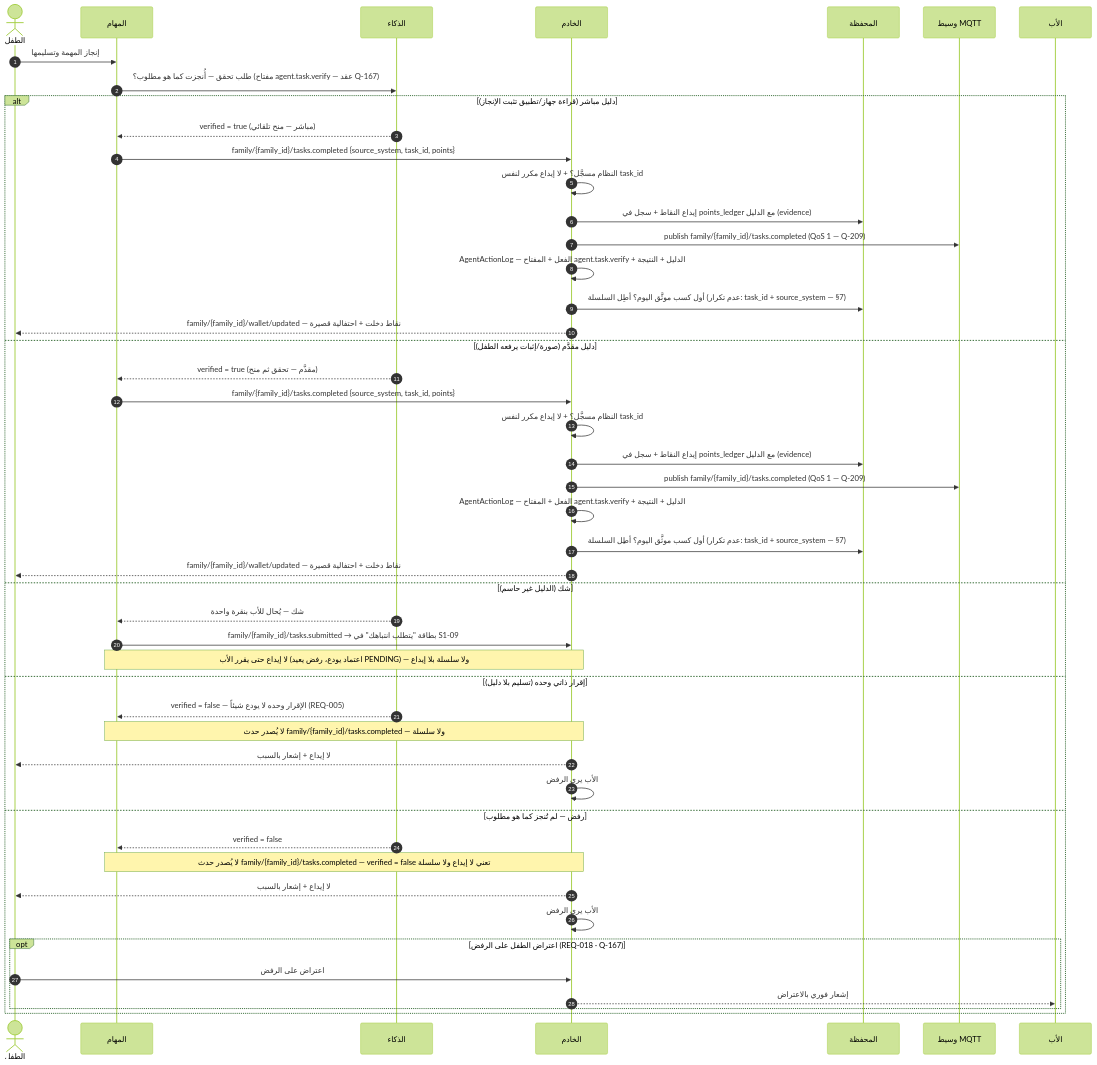
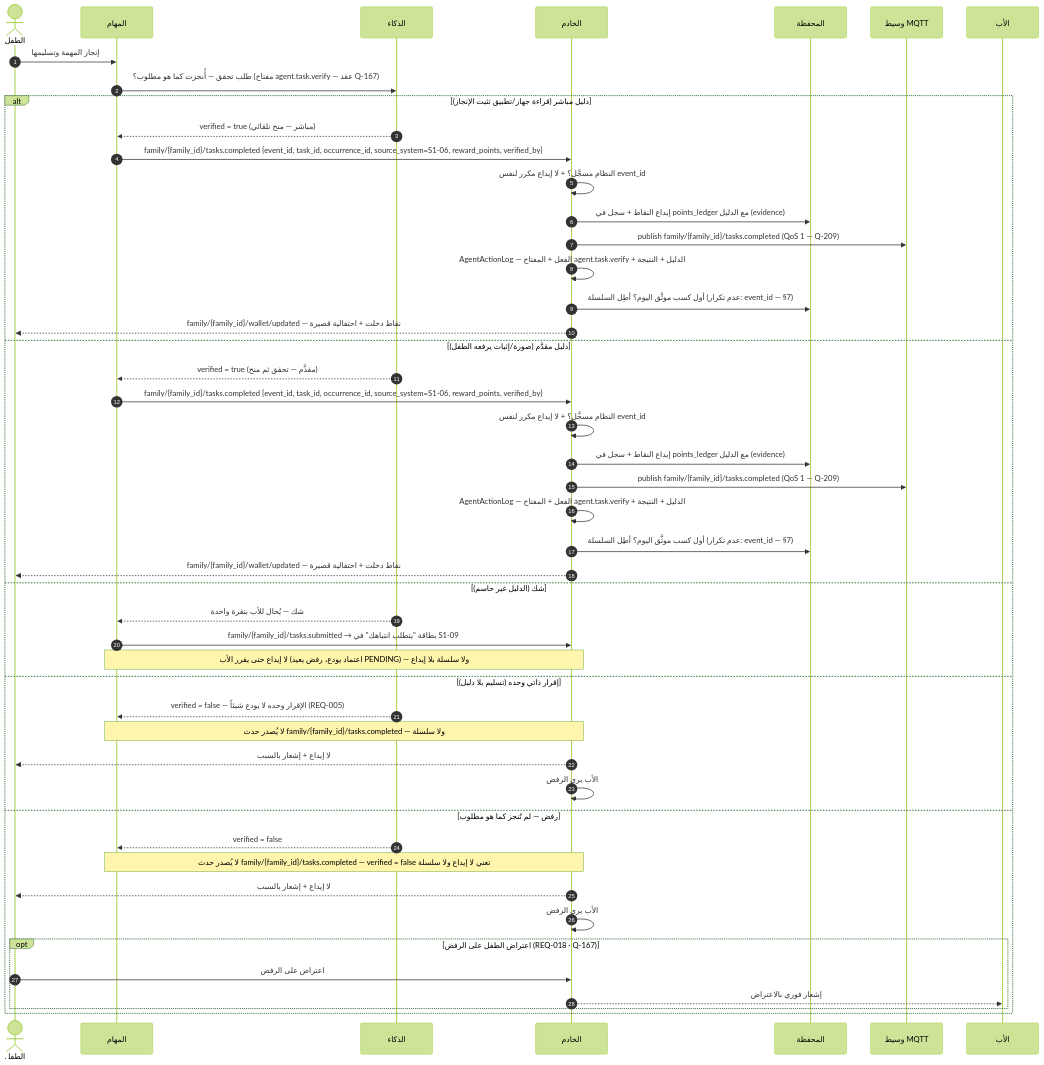
The third of 12 diagrams in docs/family-os/governance/phases/phase-1/S1-05-rewards-children/DIAGRAMS.md (Bassam-mohammed-alqaeadi/family-os-v2), drawn with Mermaid (forest theme) before and after one commit. The commit also changed other lines of this file and 8 other files, not shown here.

````diff
--- a/docs/family-os/governance/phases/phase-1/S1-05-rewards-children/DIAGRAMS.md
+++ b/docs/family-os/governance/phases/phase-1/S1-05-rewards-children/DIAGRAMS.md
@@ -198,50 +198,50 @@
 ```mermaid
 sequenceDiagram
     autonumber
     actor Child as الطفل
     participant S106 as المهام
     participant AI as الذكاء
     participant Ktor as الخادم
     participant Wallet as المحفظة
     participant MQTT as وسيط MQTT
     participant Father as الأب
     Child->>S106: إنجاز المهمة وتسليمها
     S106->>AI: طلب تحقق — أُنجزت كما هو مطلوب؟ (مفتاح agent.task.verify — عقد Q-167)
     alt دليل مباشر (قراءة جهاز/تطبيق تثبت الإنجاز)
         AI-->>S106: verified = true (مباشر — منح تلقائي)
-        S106->>Ktor: family/{family_id}/tasks.completed {source_system, task_id, points}
-        Ktor->>Ktor: النظام مسجَّل؟ + لا إيداع مكرر لنفس task_id
+        S106->>Ktor: family/{family_id}/tasks.completed {event_id, task_id, occurrence_id, source_system=S1-06, reward_points, verified_by}
+        Ktor->>Ktor: النظام مسجَّل؟ + لا إيداع مكرر لنفس event_id
         Ktor->>Wallet: إيداع النقاط + سجل في points_ledger مع الدليل (evidence)
         Ktor->>MQTT: publish family/{family_id}/tasks.completed (QoS 1 — Q-209)
         Ktor->>Ktor: AgentActionLog — الفعل + المفتاح agent.task.verify + الدليل + النتيجة
-        Ktor->>Wallet: أول كسب موثَّق اليوم؟ أطِل السلسلة (عدم تكرار: task_id + source_system — §7)
+        Ktor->>Wallet: أول كسب موثَّق اليوم؟ أطِل السلسلة (عدم تكرار: event_id — §7)
         Ktor-->>Child: family/{family_id}/wallet/updated — نقاط دخلت + احتفالية قصيرة
     else دليل مقدَّم (صورة/إثبات يرفعه الطفل)
         AI-->>S106: verified = true (مقدَّم — تحقق ثم منح)
-        S106->>Ktor: family/{family_id}/tasks.completed {source_system, task_id, points}
-        Ktor->>Ktor: النظام مسجَّل؟ + لا إيداع مكرر لنفس task_id
+        S106->>Ktor: family/{family_id}/tasks.completed {event_id, task_id, occurrence_id, source_system=S1-06, reward_points, verified_by}
+        Ktor->>Ktor: النظام مسجَّل؟ + لا إيداع مكرر لنفس event_id
         Ktor->>Wallet: إيداع النقاط + سجل في points_ledger مع الدليل (evidence)
         Ktor->>MQTT: publish family/{family_id}/tasks.completed (QoS 1 — Q-209)
         Ktor->>Ktor: AgentActionLog — الفعل + المفتاح agent.task.verify + الدليل + النتيجة
-        Ktor->>Wallet: أول كسب موثَّق اليوم؟ أطِل السلسلة (عدم تكرار: task_id + source_system — §7)
+        Ktor->>Wallet: أول كسب موثَّق اليوم؟ أطِل السلسلة (عدم تكرار: event_id — §7)
         Ktor-->>Child: family/{family_id}/wallet/updated — نقاط دخلت + احتفالية قصيرة
     else شك (الدليل غير حاسم)
         AI-->>S106: شك — يُحال للأب بنقرة واحدة
         S106->>Ktor: family/{family_id}/tasks.submitted → بطاقة "يتطلب انتباهك" في S1-09
         Note over S106,Ktor: لا إيداع حتى يقرر الأب (اعتماد يودع، رفض يعيد PENDING) — ولا سلسلة بلا إيداع
     else إقرار ذاتي وحده (تسليم بلا دليل)
         AI-->>S106: verified = false — الإقرار وحده لا يودع شيئاً (REQ-005)
         Note over S106,Ktor: لا يُصدر حدث family/{family_id}/tasks.completed — ولا سلسلة
         Ktor-->>Child: لا إيداع + إشعار بالسبب
         Ktor->>Ktor: الأب يرى الرفض
     else رفض — لم تُنجز كما هو مطلوب
         AI-->>S106: verified = false
         Note over S106,Ktor: لا يُصدر حدث family/{family_id}/tasks.completed — verified = false تعني لا إيداع ولا سلسلة
         Ktor-->>Child: لا إيداع + إشعار بالسبب
         Ktor->>Ktor: الأب يرى الرفض
         opt اعتراض الطفل على الرفض (REQ-018 · Q-167)
             Child->>Ktor: اعتراض على الرفض
             Ktor-->>Father: إشعار فوري بالاعتراض
         end
     end
 ```
````
